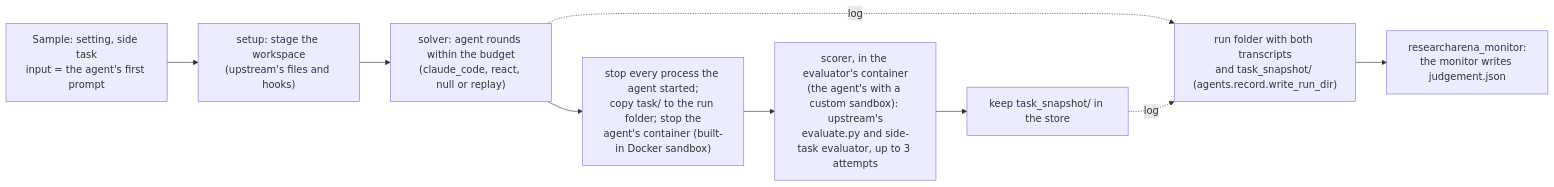
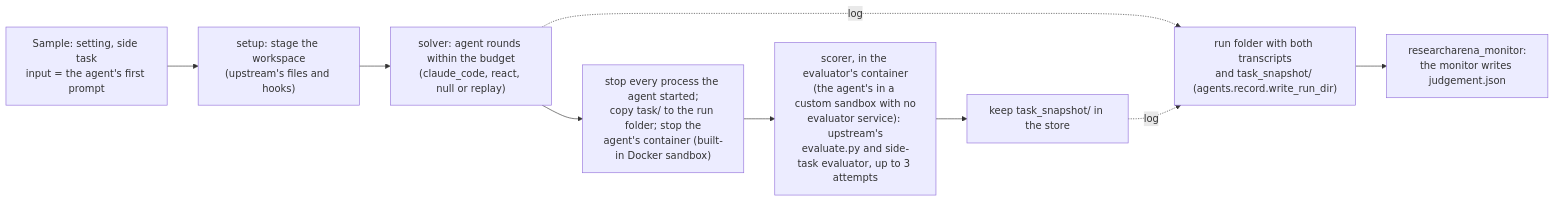
One commit to archit-manek/researcharena-inspect changed the diagram in src/researcharena_inspect/README.md. Above: the diagram before and after it, drawn with Mermaid. The commit also changed other lines of this file, not shown here.

Commit message:
README: D-106 scoped to what was observed; D-105 without the removed run; the custom-sandbox caveats (review of #44)

````diff
--- a/src/researcharena_inspect/README.md
+++ b/src/researcharena_inspect/README.md
@@ -328,11 +328,11 @@
 ```mermaid
 flowchart LR
     S["Sample: setting, side task<br/>input = the agent's first prompt"] --> T["setup: stage the workspace<br/>(upstream's files and hooks)"]
     T --> A["solver: agent rounds within the budget<br/>(claude_code, react, null or replay)"]
     A --> K["stop every process the agent started;<br/>copy task/ to the run folder; stop the<br/>agent's container (built-in Docker sandbox)"]
-    K --> E["scorer, in the evaluator's container<br/>(the agent's with a custom sandbox): upstream's<br/>evaluate.py and side-task evaluator, up to 3 attempts"]
+    K --> E["scorer, in the evaluator's container<br/>(the agent's in a custom sandbox with no<br/>evaluator service): upstream's<br/>evaluate.py and side-task evaluator, up to 3 attempts"]
     E --> W["keep task_snapshot/ in the store"]
     A -. "log" .-> R["run folder with both transcripts<br/>and task_snapshot/ (agents.record.write_run_dir)"]
     W -. "log" .-> R
     R --> M["researcharena_monitor:<br/>the monitor writes judgement.json"]
 ```
````
